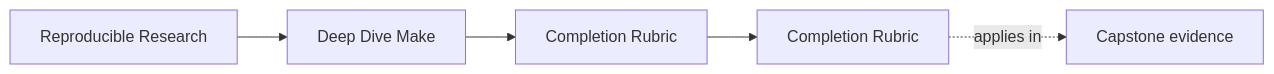
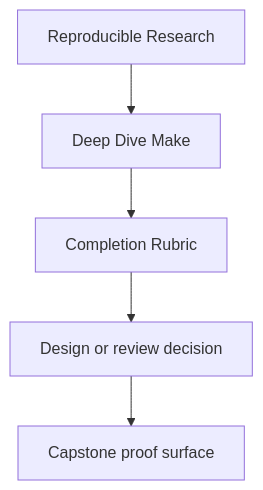
Before and after one commit to bijux/bijux-masterclass: the first of 2 diagrams in programs/reproducible-research/deep-dive-make/course-book/reference/completion-rubric.md, drawn with Mermaid. The commit also changed other lines of this file and 29 other files, not shown here.

Commit message:
docs(deep-dive-make): sharpen guide and reference diagrams

````diff
--- a/programs/reproducible-research/deep-dive-make/course-book/reference/completion-rubric.md
+++ b/programs/reproducible-research/deep-dive-make/course-book/reference/completion-rubric.md
@@ -9,11 +9,7 @@
 ```mermaid
-graph LR
-  family["Reproducible Research"]
-  program["Deep Dive Make"]
-  section["Completion Rubric"]
-  page["Completion Rubric"]
-  capstone["Capstone evidence"]
-
-  family --> program --> section --> page
-  page -.applies in.-> capstone
+flowchart TD
+  family["Reproducible Research"] --> program["Deep Dive Make"]
+  program --> reference["Completion Rubric"]
+  reference --> review["Design or review decision"]
+  review --> capstone["Capstone proof surface"]
 ```
````
